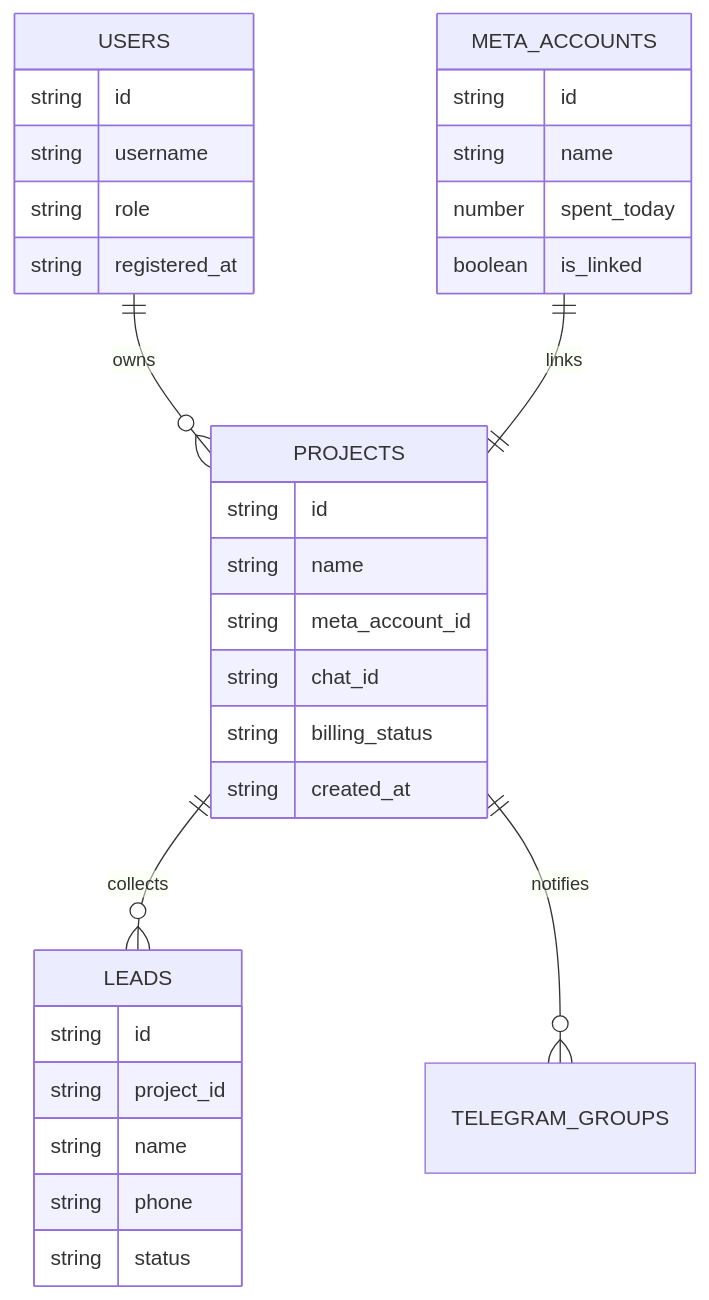
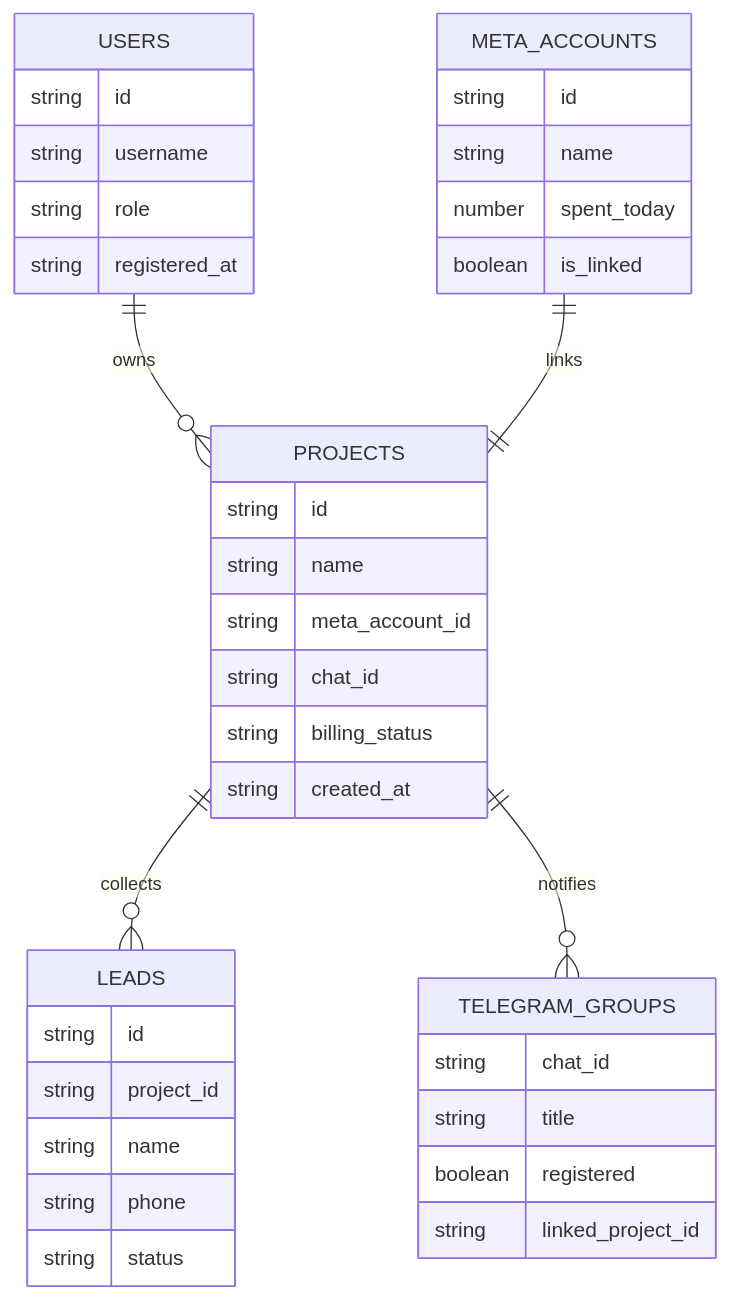
One commit to buyclientuz-pixel/targetbot changed the third of 3 diagrams in README.md. Above: the diagram before and after it, drawn with Mermaid. The commit also changed other lines of this file and 5 other files, not shown here.

````diff
--- a/README.md
+++ b/README.md
@@ -134,35 +134,41 @@
 ```mermaid
 erDiagram
     USERS ||--o{ PROJECTS : owns
     PROJECTS ||--o{ LEADS : collects
     META_ACCOUNTS ||--|| PROJECTS : links
     PROJECTS ||--o{ TELEGRAM_GROUPS : notifies
 
     USERS {
         string id
         string username
         string role
         string registered_at
     }
     META_ACCOUNTS {
         string id
         string name
         number spent_today
         boolean is_linked
     }
     PROJECTS {
         string id
         string name
         string meta_account_id
         string chat_id
         string billing_status
         string created_at
     }
     LEADS {
         string id
         string project_id
         string name
         string phone
         string status
     }
+    TELEGRAM_GROUPS {
+        string chat_id
+        string title
+        boolean registered
+        string linked_project_id
+    }
 ```
````
